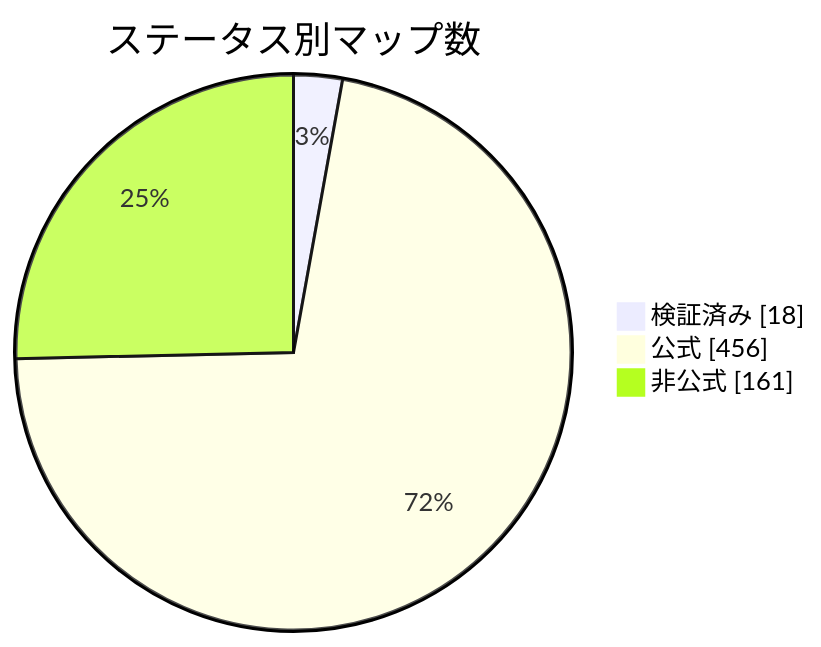
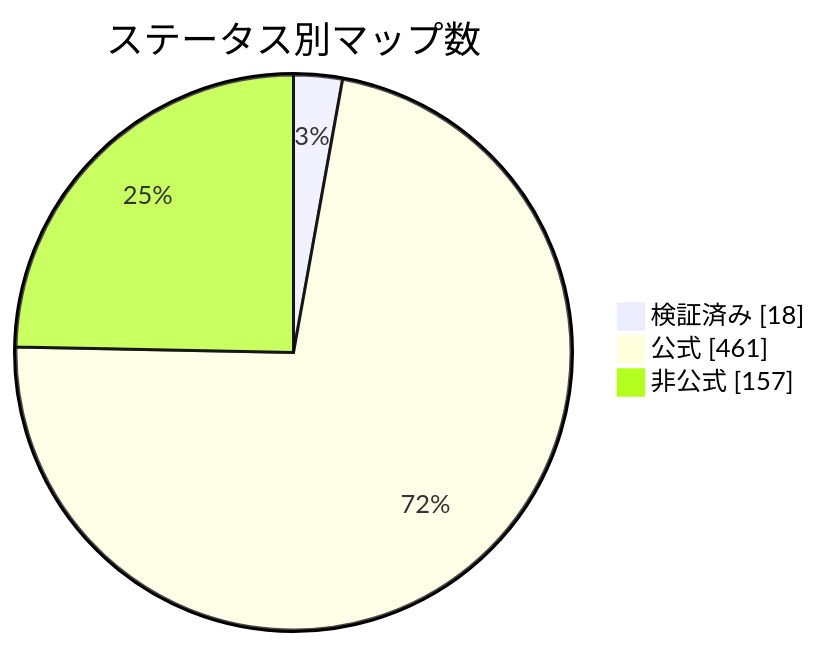
The diagram in docs/readme/README_JP.md (nobrega8/mbmap-library), drawn with Mermaid before and after one commit. The commit also changed 10 other files, not shown here.

````diff
--- a/docs/readme/README_JP.md
+++ b/docs/readme/README_JP.md
@@ -54,7 +54,7 @@
 ```mermaid
 pie showData
     title ステータス別マップ数
     "検証済み" : 18
-    "公式" : 456
-    "非公式" : 161
+    "公式" : 461
+    "非公式" : 157
 ```
````
